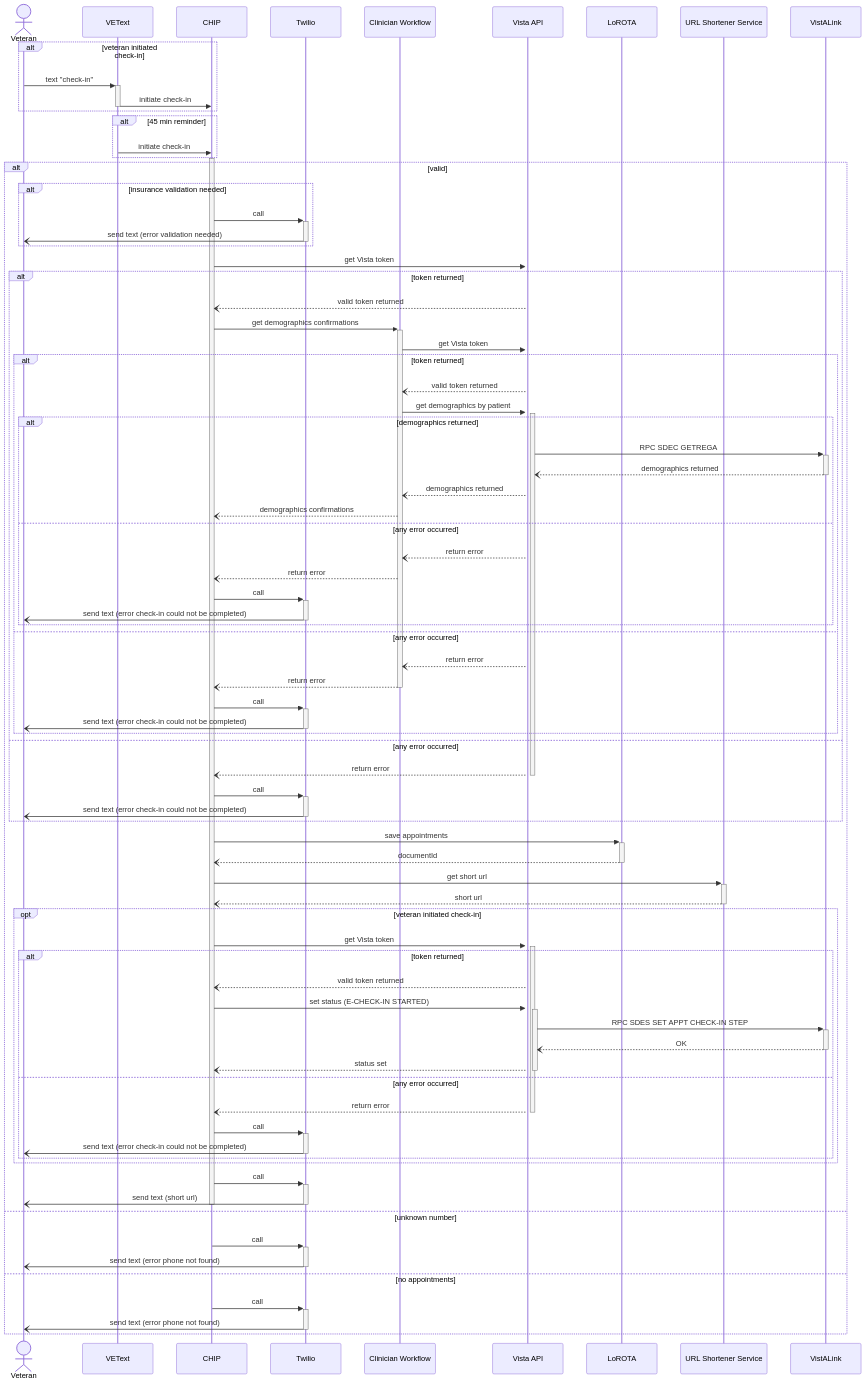
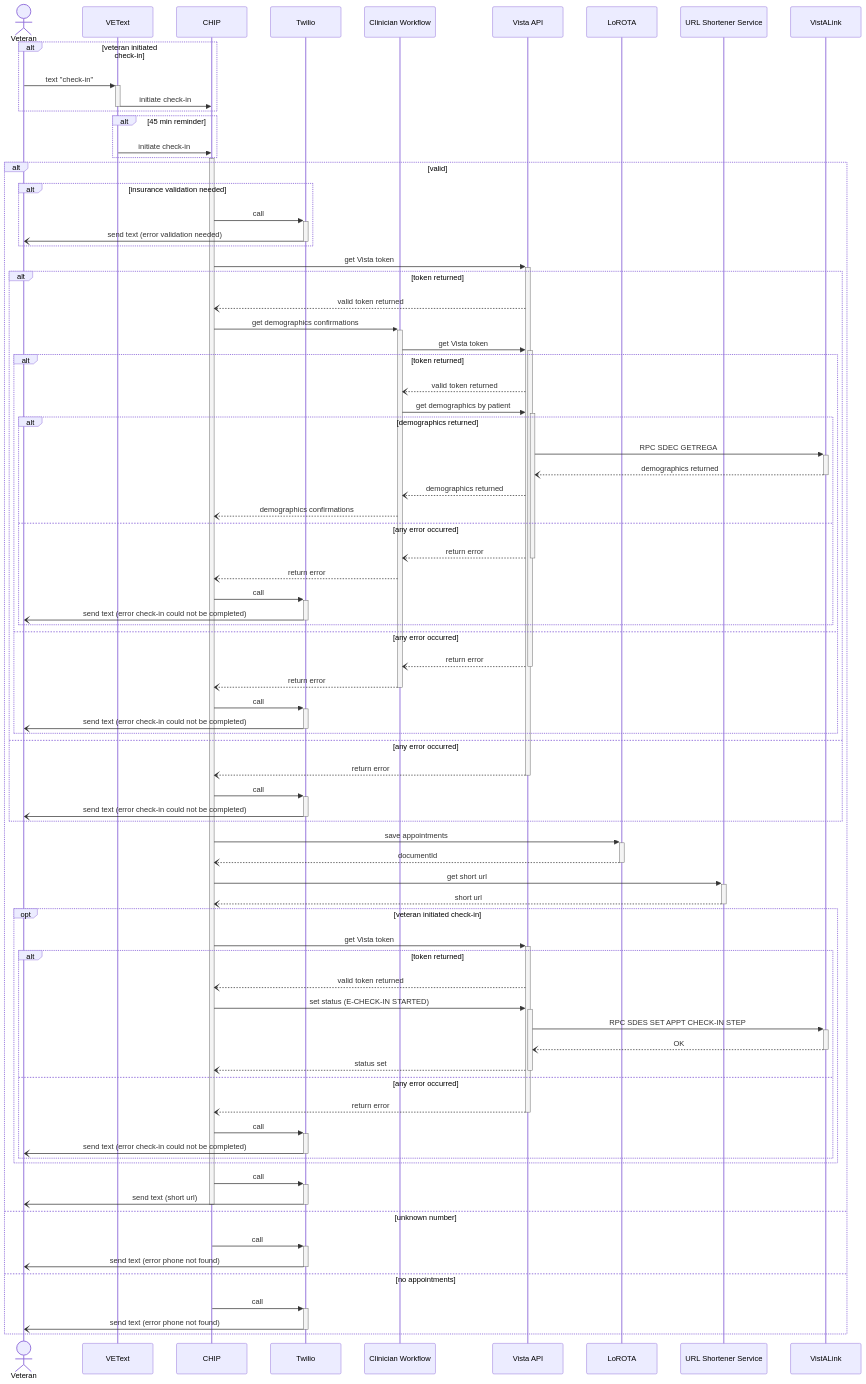
Before and after one commit to department-of-veterans-affairs/va.gov-team: the first of 4 diagrams in products/health-care/checkin/engineering/architecture-diagrams/sequenceDiagram_checkInExp.md, drawn with Mermaid.

```diff
--- a/products/health-care/checkin/engineering/architecture-diagrams/sequenceDiagram_checkInExp.md
+++ b/products/health-care/checkin/engineering/architecture-diagrams/sequenceDiagram_checkInExp.md
@@ -54,13 +54,13 @@
             va--)cw: demographics returned
             cw--)c: demographics confirmations
           else any error occurred
-            va--)cw: return error
+            va--)-cw: return error
             cw--)c: return error
             c->>+t: call
             t-)-vet: send text (error check-in could not be completed)
           end
         else any error occurred
-          va--)cw: return error
+          va--)-cw: return error
           cw--)-c: return error
           c->>+t: call
           t-)-vet: send text (error check-in could not be completed)
```
